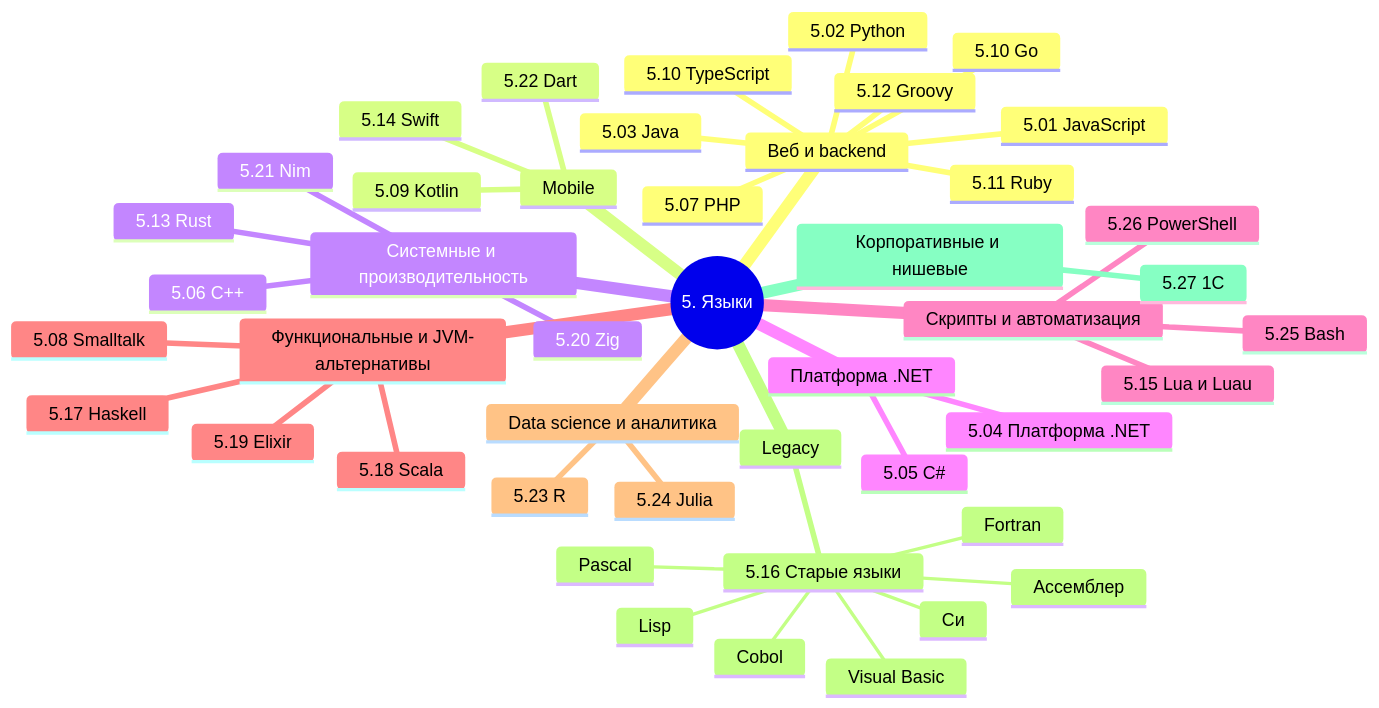
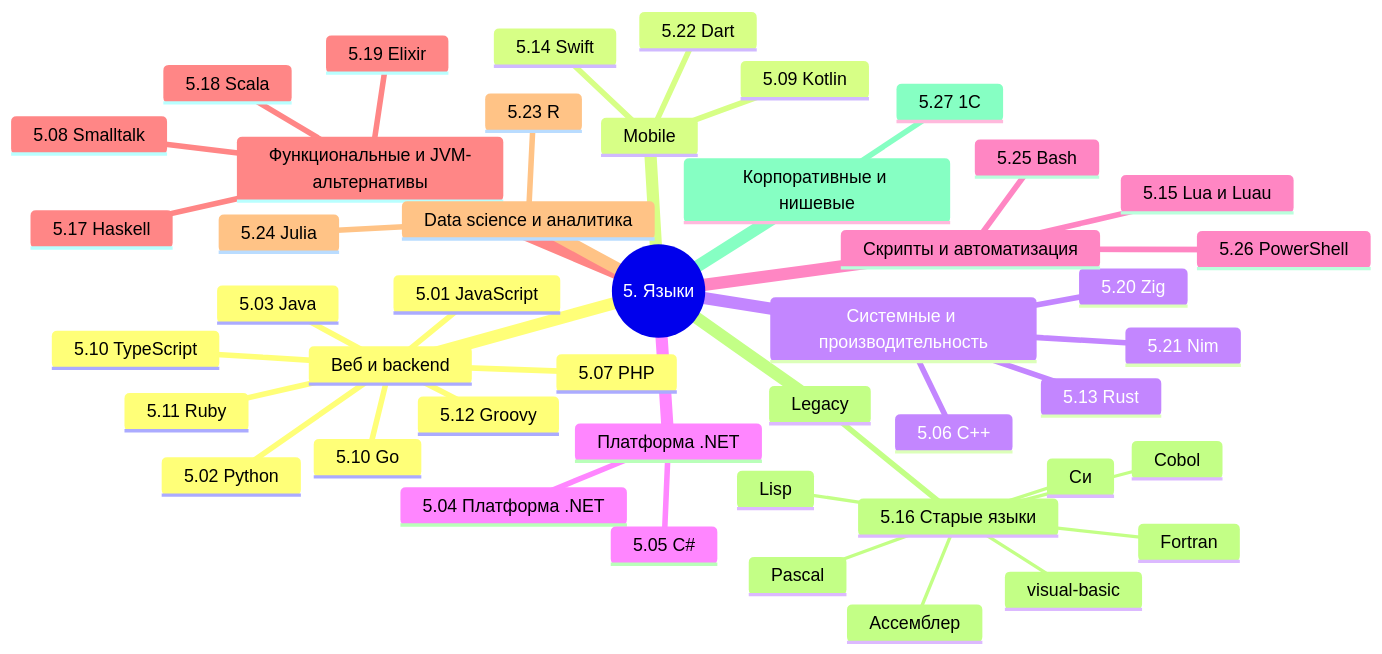
The diagram in docs/section/languages.md (Spirzen/it-knowledge-base), drawn with Mermaid before and after one commit. The commit also changed other lines of this file and 75 other files, not shown here.

````diff
--- a/docs/section/languages.md
+++ b/docs/section/languages.md
@@ -26,48 +29,48 @@
 ```mermaid
 mindmap
   root((5. Языки))
     Веб и backend
       5.01 JavaScript
       5.02 Python
       5.03 Java
       5.07 PHP
       5.10 Go
       5.10 TypeScript
       5.11 Ruby
       5.12 Groovy
     Mobile
       5.09 Kotlin
       5.14 Swift
       5.22 Dart
     Системные и производительность
       5.06 C++
       5.13 Rust
       5.20 Zig
       5.21 Nim
     Платформа .NET
       5.04 Платформа .NET
       5.05 C#
     Скрипты и автоматизация
       5.15 Lua и Luau
       5.25 Bash
       5.26 PowerShell
     Функциональные и JVM-альтернативы
       5.08 Smalltalk
       5.17 Haskell
       5.18 Scala
       5.19 Elixir
     Data science и аналитика
       5.23 R
       5.24 Julia
     Legacy
       5.16 Старые языки
         Си
         Ассемблер
         Pascal
         Fortran
         Cobol
         Lisp
-        Visual Basic
+        visual-basic
     Корпоративные и нишевые
       5.27 1С
 ```
````
